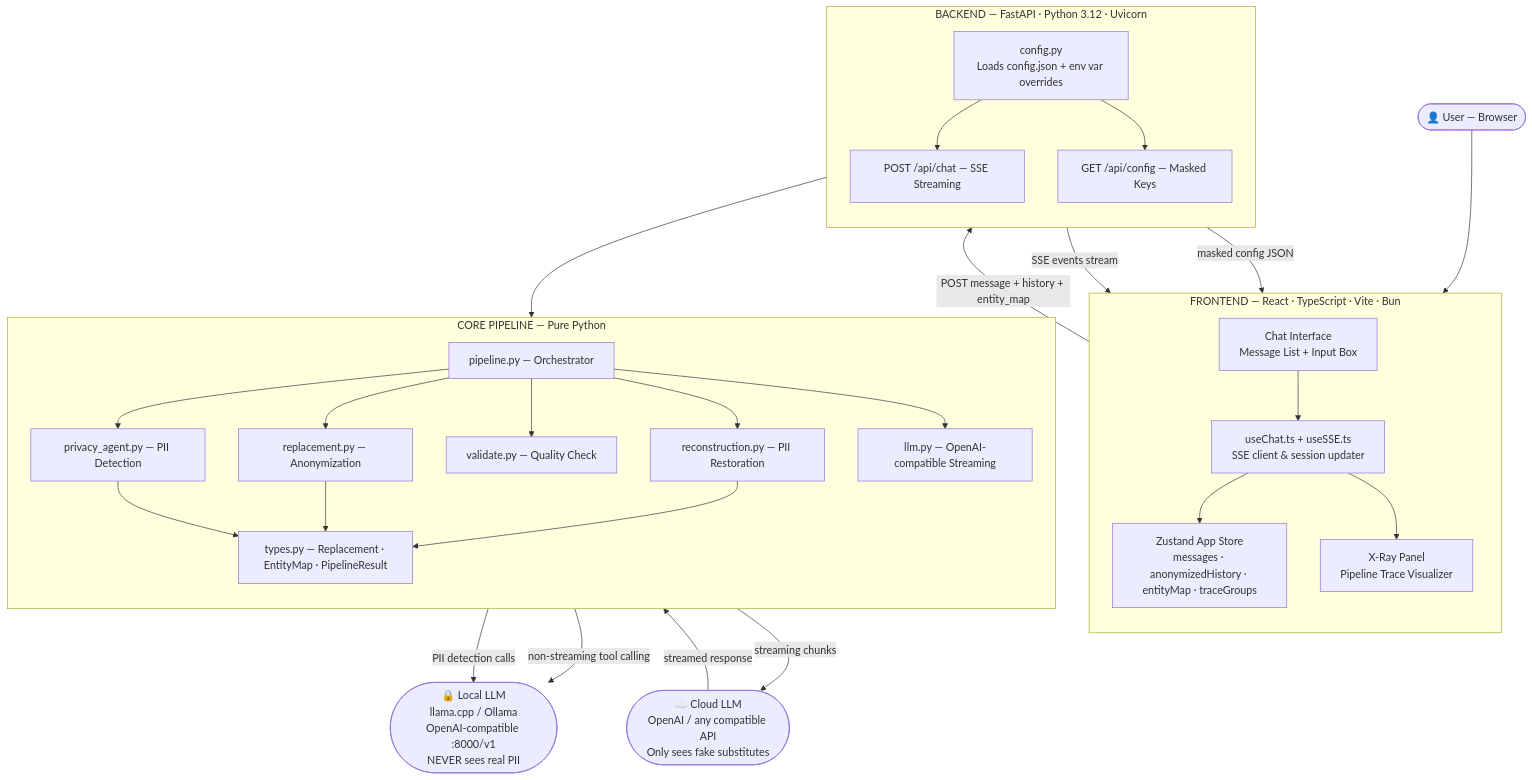
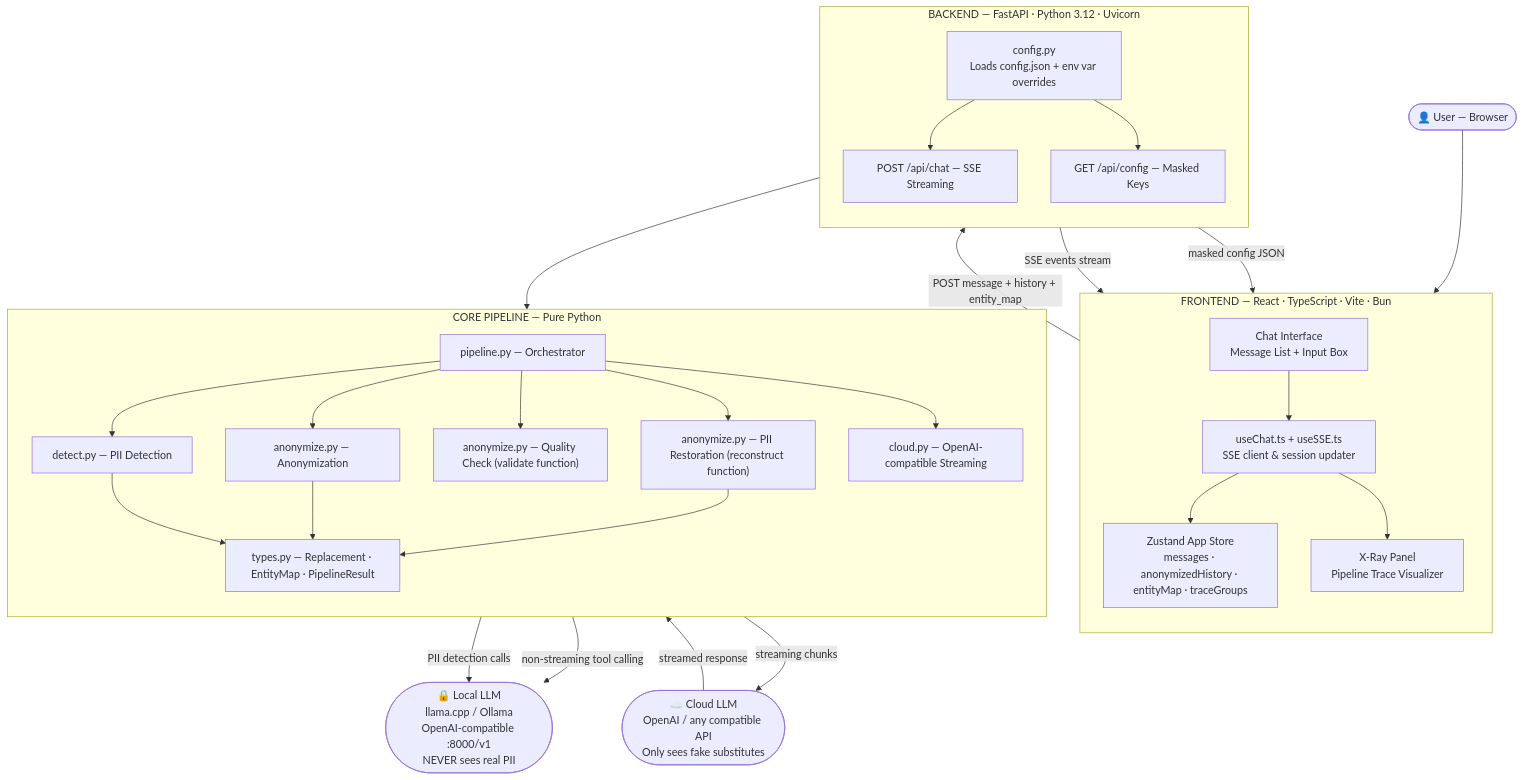
One commit to itzrnvr/CloakChat changed the first of 6 diagrams in diagrams.md. Above: the diagram before and after it, drawn with Mermaid. The commit also changed other lines of this file and 3 other files, not shown here.

````diff
--- a/diagrams.md
+++ b/diagrams.md
@@ -9,60 +9,60 @@
 ```mermaid
 flowchart TD
     A(["👤 User — Browser"])
 
     subgraph FE["FRONTEND — React · TypeScript · Vite · Bun"]
         direction TB
         ChatUI["Chat Interface\nMessage List + Input Box"]
         XRay["X-Ray Panel\nPipeline Trace Visualizer"]
         Store["Zustand App Store\nmessages · anonymizedHistory · entityMap · traceGroups"]
         Hooks["useChat.ts + useSSE.ts\nSSE client & session updater"]
     end
 
     subgraph BE["BACKEND — FastAPI · Python 3.12 · Uvicorn"]
         direction TB
         Config["config.py\nLoads config.json + env var overrides"]
         ChatRoute["POST /api/chat — SSE Streaming"]
         ConfigRoute["GET /api/config — Masked Keys"]
     end
 
     subgraph CORE["CORE PIPELINE — Pure Python"]
         direction TB
         Pipeline["pipeline.py — Orchestrator"]
-        Detection["privacy_agent.py — PII Detection"]
-        Replacement["replacement.py — Anonymization"]
-        Validation["validate.py — Quality Check"]
-        Reconstruction["reconstruction.py — PII Restoration"]
-        LLMFactory["llm.py — OpenAI-compatible Streaming"]
+        Detection["detect.py — PII Detection"]
+        Replacement["anonymize.py — Anonymization"]
+        Validation["anonymize.py — Quality Check (validate function)"]
+        Reconstruction["anonymize.py — PII Restoration (reconstruct function)"]
+        LLMFactory["cloud.py — OpenAI-compatible Streaming"]
         Types["types.py — Replacement · EntityMap · PipelineResult"]
     end
 
     LocalLLM(["🔒 Local LLM\nllama.cpp / Ollama\nOpenAI-compatible :8000/v1\nNEVER sees real PII"])
     CloudLLM(["☁️ Cloud LLM\nOpenAI / any compatible API\nOnly sees fake substitutes"])
 
     A --> ChatUI
     ChatUI --> Hooks
     Hooks --> Store
     Hooks -->|"POST message + history + entity_map"| ChatRoute
     ConfigRoute -->|"masked config JSON"| Store
 
     Config --> ChatRoute
     Config --> ConfigRoute
     ChatRoute --> Pipeline
 
     Pipeline --> Detection
     Pipeline --> Replacement
     Pipeline --> Validation
     Pipeline --> Reconstruction
     Pipeline --> LLMFactory
     Detection --> Types
     Replacement --> Types
     Reconstruction --> Types
 
     LLMFactory -->|"non-streaming tool calling"| LocalLLM
     LLMFactory -->|"streaming chunks"| CloudLLM
     Detection -->|"PII detection calls"| LocalLLM
 
     CloudLLM -->|"streamed response"| Reconstruction
     ChatRoute -->|"SSE events stream"| Hooks
     Hooks --> XRay
 ```
````
